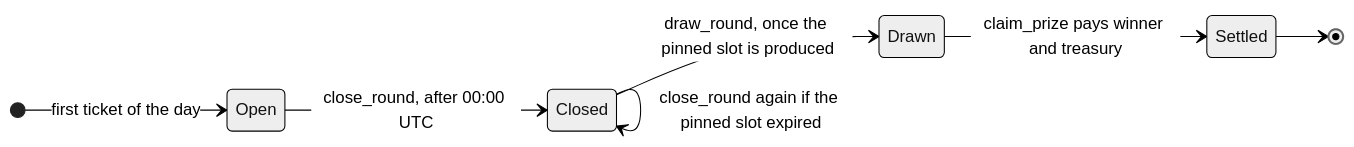
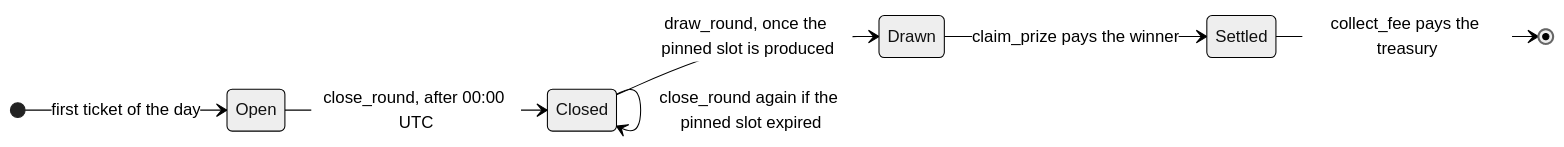
The diagram in README.md (nexow-ai/solucky), drawn with Mermaid (neutral theme) before and after one commit. The commit also changed other lines of this file and 2 other files, not shown here.

Commit message:
docs: document fee split, price guards, and draw trust limits

````diff
--- a/README.md
+++ b/README.md
@@ -26,10 +26,10 @@
 ```mermaid
 stateDiagram-v2
     direction LR
     [*] --> Open: first ticket of the day
     Open --> Closed: close_round, after 00:00 UTC
     Closed --> Drawn: draw_round, once the pinned slot is produced
     Closed --> Closed: close_round again if the pinned slot expired
-    Drawn --> Settled: claim_prize pays winner and treasury
-    Settled --> [*]
+    Drawn --> Settled: claim_prize pays the winner
+    Settled --> [*]: collect_fee pays the treasury
 ```
````
